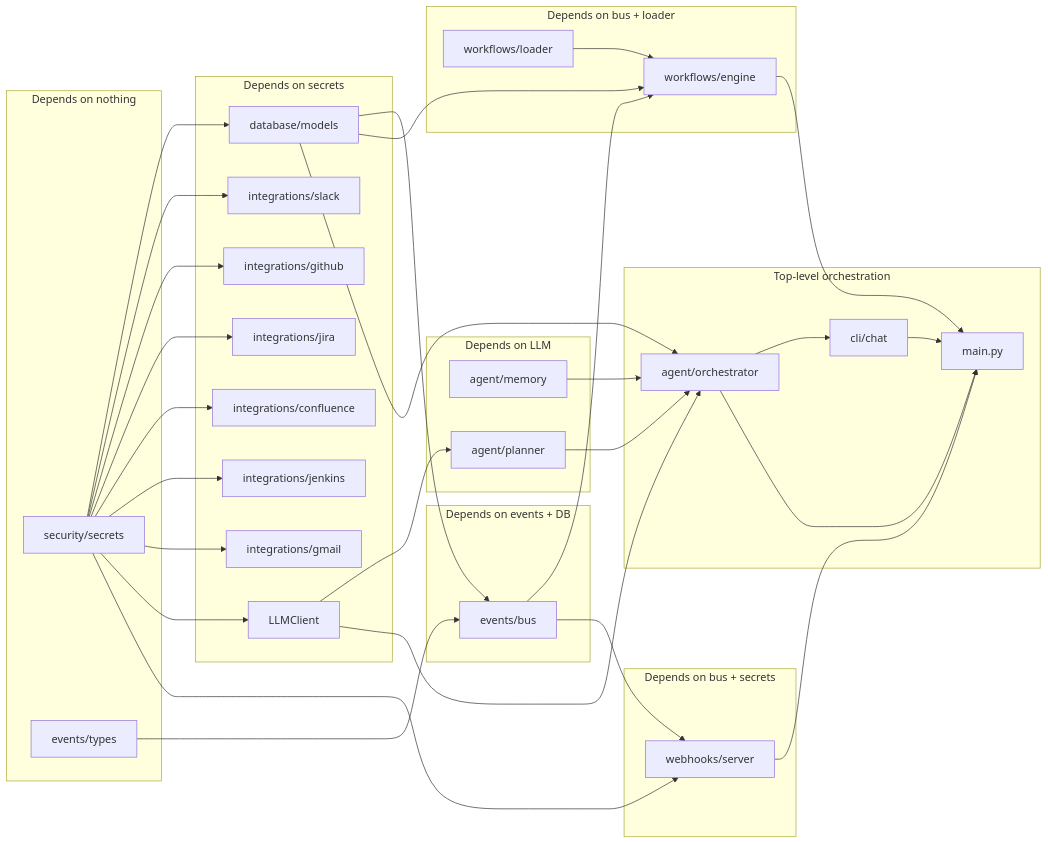
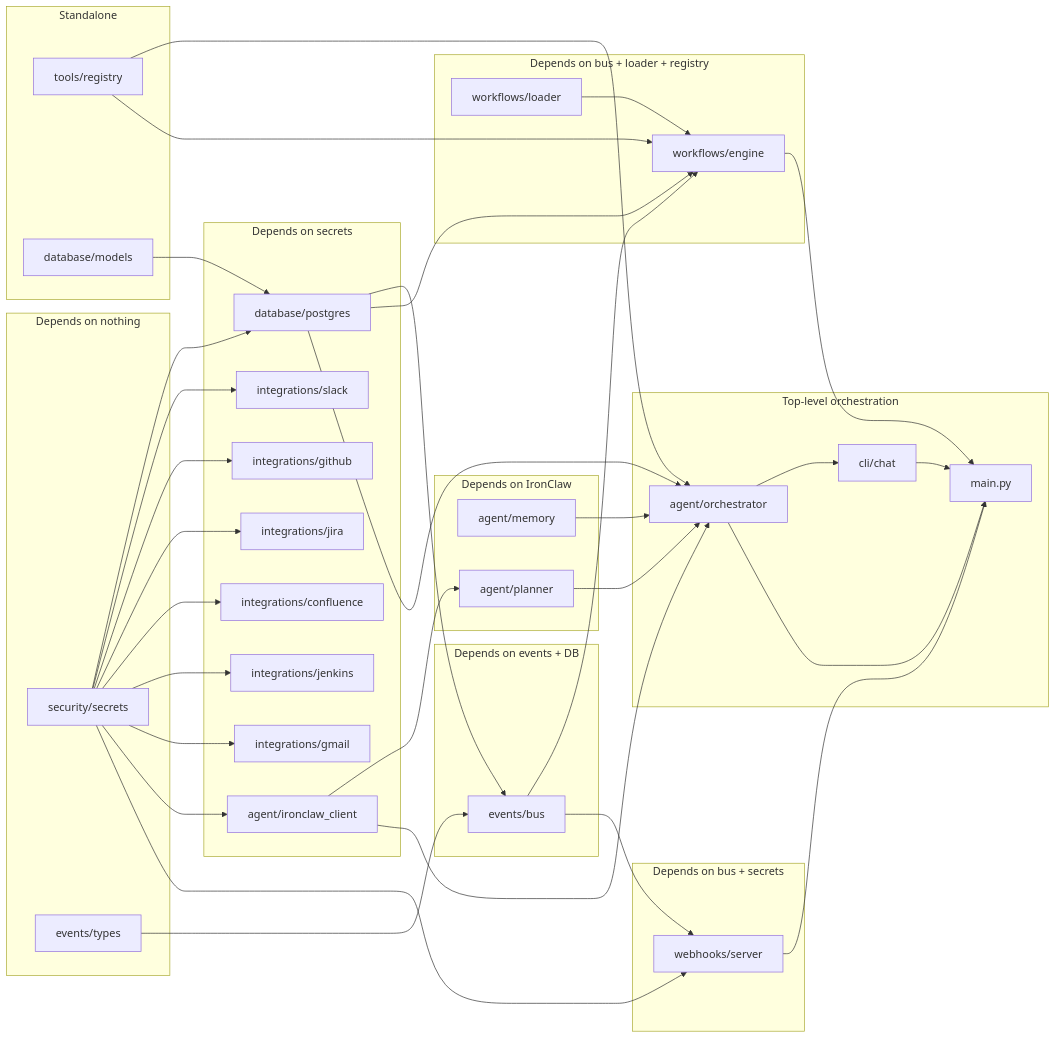
One commit to AnubisRooster/ironclaw-developer-agents changed the fifth of 5 diagrams in docs/architecture.md. Above: the diagram before and after it, drawn with Mermaid. The commit also changed other lines of this file and 26 other files, not shown here.

````diff
--- a/docs/architecture.md
+++ b/docs/architecture.md
@@ -278,63 +275,71 @@
 ```mermaid
 graph LR
     subgraph "Depends on nothing"
         SECRETS["security/secrets"]
         TYPES["events/types"]
     end
 
     subgraph "Depends on secrets"
-        DB["database/models"]
+        DB["database/postgres"]
         I_SL["integrations/slack"]
         I_GH["integrations/github"]
         I_JR["integrations/jira"]
         I_CO["integrations/confluence"]
         I_JK["integrations/jenkins"]
         I_GM["integrations/gmail"]
-        LLM["LLMClient"]
+        IC["agent/ironclaw_client"]
+    end
+
+    subgraph "Standalone"
+        TOOL_REG["tools/registry"]
+        MODELS["database/models"]
     end
 
     subgraph "Depends on events + DB"
         BUS["events/bus"]
     end
 
-    subgraph "Depends on LLM"
+    subgraph "Depends on IronClaw"
         MEM["agent/memory"]
         PLAN["agent/planner"]
     end
 
-    subgraph "Depends on bus + loader"
+    subgraph "Depends on bus + loader + registry"
         LOADER["workflows/loader"]
         ENGINE["workflows/engine"]
     end
 
     subgraph "Depends on bus + secrets"
         WEBHOOK["webhooks/server"]
     end
 
     subgraph "Top-level orchestration"
         ORCH["agent/orchestrator"]
         MAIN["main.py"]
         CLI_MOD["cli/chat"]
     end
 
     SECRETS --> DB
     SECRETS --> I_SL & I_GH & I_JR & I_CO & I_JK & I_GM
-    SECRETS --> LLM
+    SECRETS --> IC
     SECRETS --> WEBHOOK
     TYPES --> BUS
+    MODELS --> DB
     DB --> BUS
     DB --> ENGINE
     DB --> ORCH
-    LLM --> PLAN
-    LLM --> ORCH
+    IC --> PLAN
+    IC --> ORCH
     MEM --> ORCH
     PLAN --> ORCH
+    TOOL_REG --> ORCH
+    TOOL_REG --> ENGINE
     BUS --> ENGINE
     BUS --> WEBHOOK
     LOADER --> ENGINE
     ORCH --> CLI_MOD
     ORCH --> MAIN
     ENGINE --> MAIN
     WEBHOOK --> MAIN
     CLI_MOD --> MAIN
 ```
````
